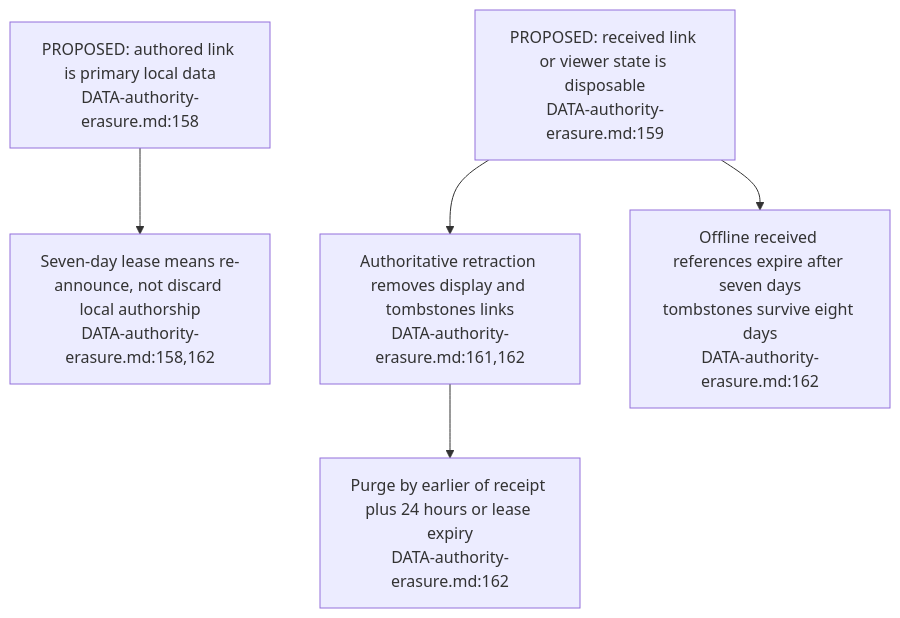
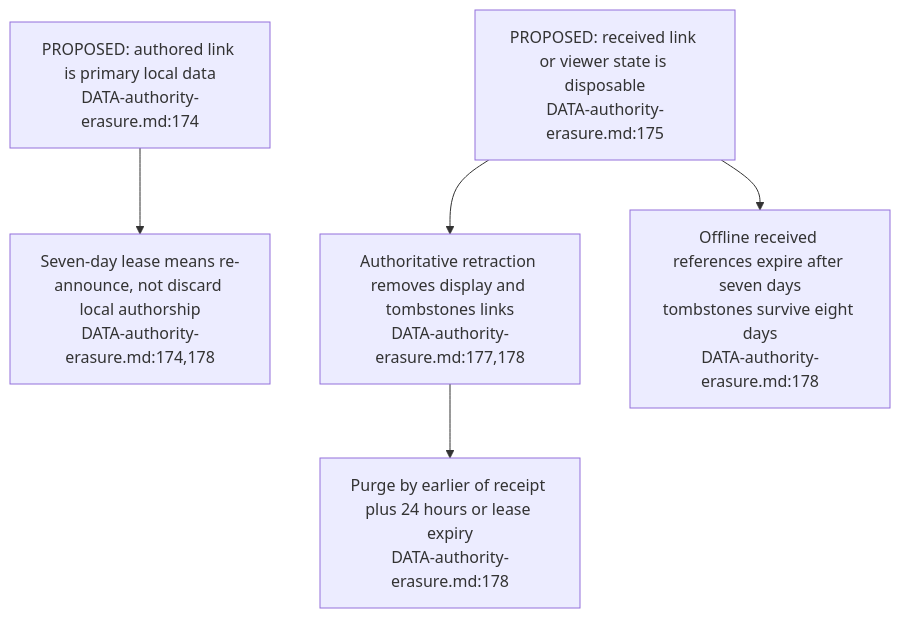
Before and after one commit to DreamLab-AI/VisionFlow: the third of 3 diagrams in docs/diagrams/visionclaw/48-dataspace-federation-prerequisites.md, drawn with Mermaid. The commit also changed other lines of this file and 46 other files, not shown here.

Commit message:
docs(diagrams): re-verify VisionClaw topics at 809a859aa/a950f4d80 after the consolidation pass

````diff
--- a/docs/diagrams/visionclaw/48-dataspace-federation-prerequisites.md
+++ b/docs/diagrams/visionclaw/48-dataspace-federation-prerequisites.md
@@ -64,7 +64,7 @@
 ```mermaid
 flowchart TD
-    OWN["PROPOSED: authored link is primary local data<br/>DATA-authority-erasure.md:158"] --> RENEW["Seven-day lease means re-announce, not discard local authorship<br/>DATA-authority-erasure.md:158,162"]
-    FOREIGN["PROPOSED: received link or viewer state is disposable<br/>DATA-authority-erasure.md:159"] --> RETRACT["Authoritative retraction removes display and tombstones links<br/>DATA-authority-erasure.md:161,162"]
-    RETRACT --> PURGE["Purge by earlier of receipt plus 24 hours or lease expiry<br/>DATA-authority-erasure.md:162"]
-    FOREIGN --> EXPIRE["Offline received references expire after seven days<br/>tombstones survive eight days<br/>DATA-authority-erasure.md:162"]
+    OWN["PROPOSED: authored link is primary local data<br/>DATA-authority-erasure.md:174"] --> RENEW["Seven-day lease means re-announce, not discard local authorship<br/>DATA-authority-erasure.md:174,178"]
+    FOREIGN["PROPOSED: received link or viewer state is disposable<br/>DATA-authority-erasure.md:175"] --> RETRACT["Authoritative retraction removes display and tombstones links<br/>DATA-authority-erasure.md:177,178"]
+    RETRACT --> PURGE["Purge by earlier of receipt plus 24 hours or lease expiry<br/>DATA-authority-erasure.md:178"]
+    FOREIGN --> EXPIRE["Offline received references expire after seven days<br/>tombstones survive eight days<br/>DATA-authority-erasure.md:178"]
 ```
````
